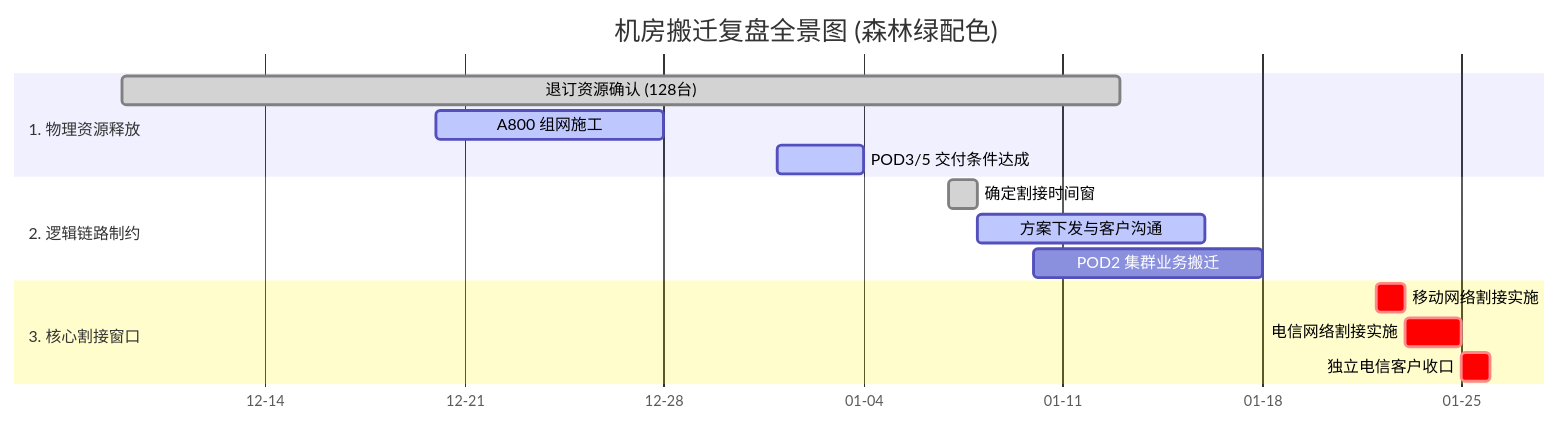
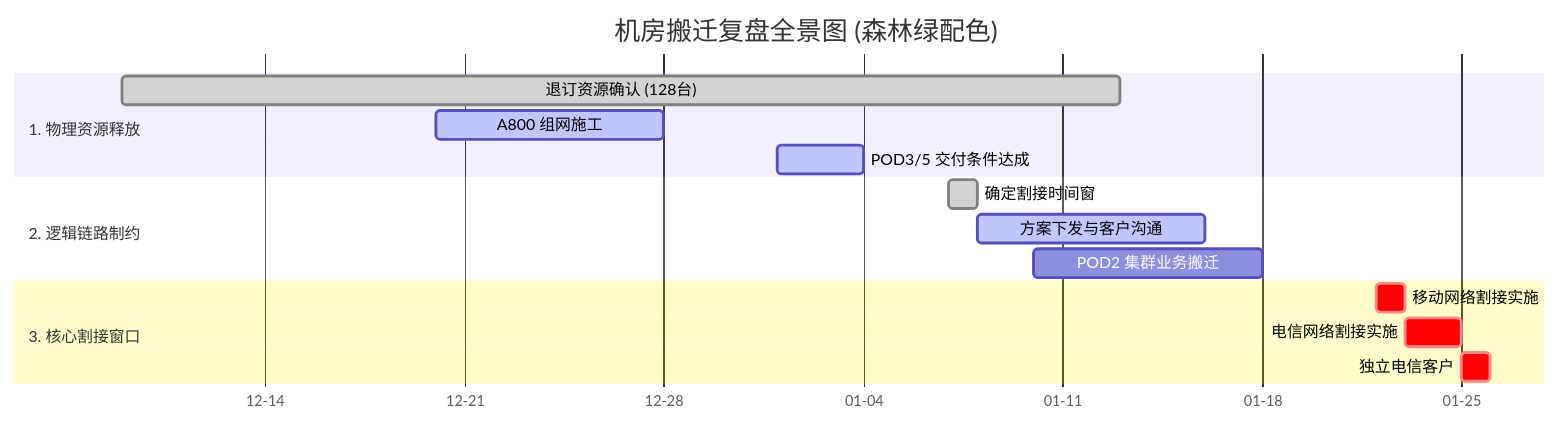
Before and after one commit to lasonlixin/iodraw-files: the diagram in all/未命名.md, drawn with Mermaid.

Commit message:
2026-02-03 10:54:41 update

````diff
--- a/all/未命名.md
+++ b/all/未命名.md
@@ -1,45 +1,45 @@
 ```mermaid
 %%{init: {
   'theme': 'base',
   'themeVariables': {
     'fontFamily': 'arial, sans-serif',
     'fontSize': '14px',
     /* 全局背景与文字 */
     'primaryColor': '#c8e6c9',
     'primaryTextColor': '#1b5e20',
     'primaryBorderColor': '#81c784',
     /* 已完成任务（浅绿） */
     'doneSectionBkgColor': '#f1f8e9',
     'doneSectionBorderColor': '#c5e1a5',
     /* 进行中/活动任务（翠绿） */
     'activeSectionBkgColor': '#a5d6a7',
     'activeSectionBorderColor': '#66bb6a',
     /* 关键路径/核心割接（深绿 - 保证文字对比度） */
     'critSectionBkgColor': '#2e7d32',
     'critSectionBorderColor': '#1b5e20',
     'critTextColor': '#ffffff',
     /* 连线与轴 */
     'lineColor': '#4caf50',
     'gridColor': '#e8f5e9'
   }
 }}%%
 gantt
     title 机房搬迁复盘全景图 (森林绿配色)
     dateFormat  YYYY-MM-DD
     axisFormat %m-%d
 
     section 1. 物理资源释放
     退订资源确认 (128台)           :done, a1, 2025-12-09, 2026-01-13
     A800 组网施工                 :active, a2, 2025-12-20, 2025-12-28
     POD3/5 交付条件达成            :active, a3, 2026-01-01, 2026-01-04
 
     section 2. 逻辑链路制约
     确定割接时间窗                :done, b1, 2026-01-07, 1d
     方案下发与客户沟通            :active, b2, 2026-01-08, 2026-01-16
     POD2 集群业务搬迁             :b3, 2026-01-10, 2026-01-18
 
     section 3. 核心割接窗口
     移动网络割接实施              :crit, c1, 2026-01-22, 1d
     电信网络割接实施              :crit, c2, 2026-01-23, 2d
-    独立电信客户收口              :crit, c3, after c2, 1d
+    独立电信客户             :crit, c3, after c2, 1d
 ```
````
